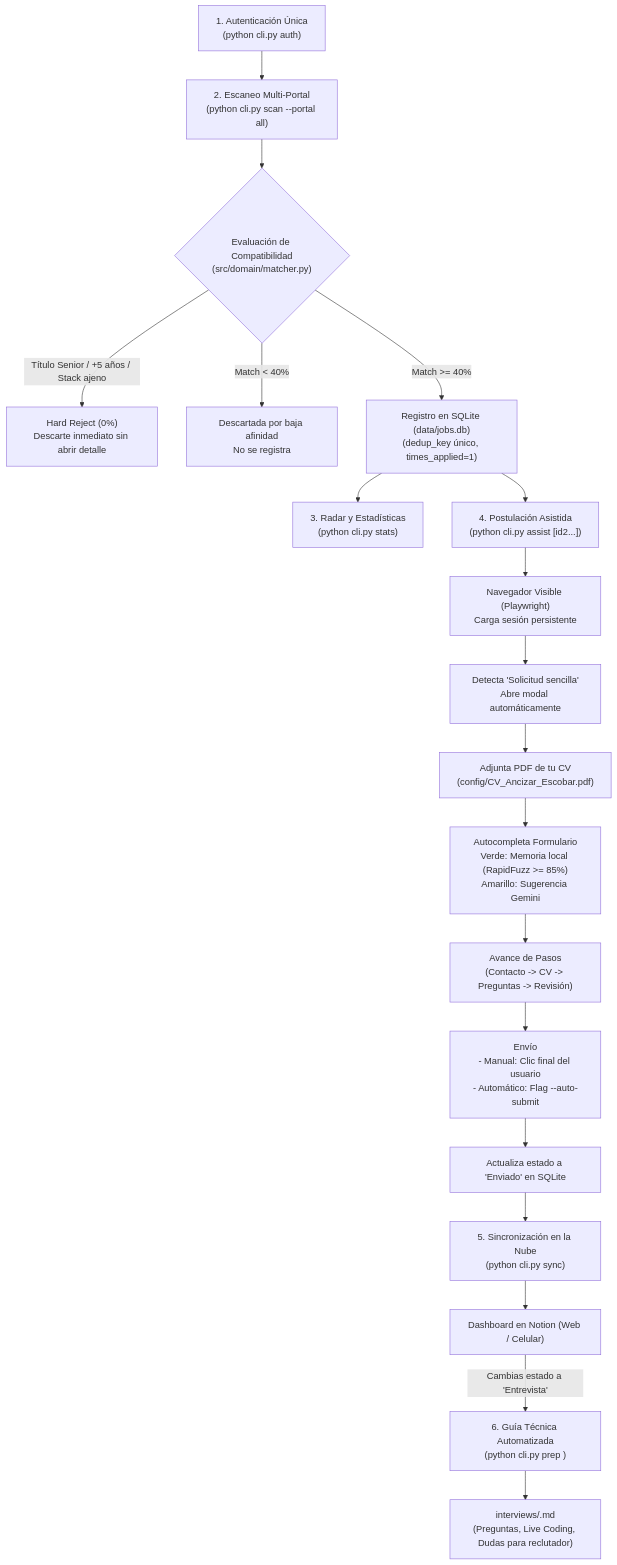
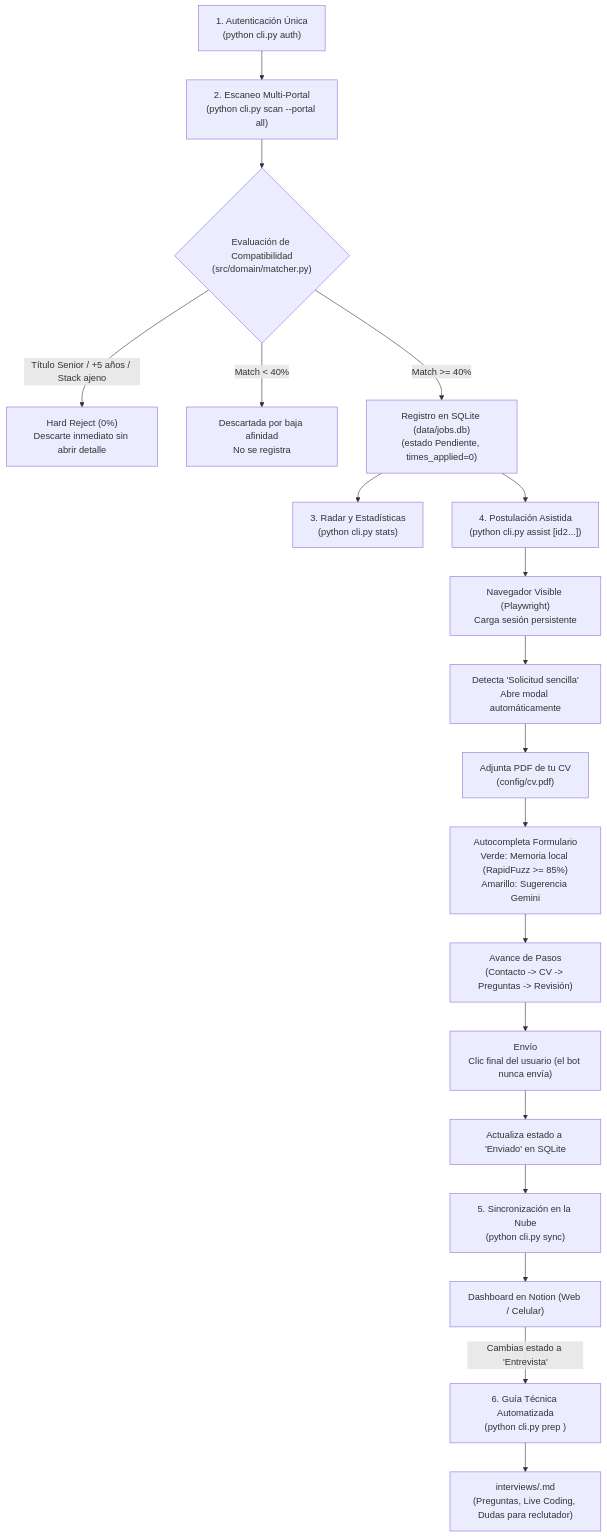
The diagram in docs/GUIA_COMANDOS_Y_FLUJOS.md (alejandroesbr/jobOS-bot), drawn with Mermaid before and after one commit. The commit also changed other lines of this file and 38 other files, not shown here.

````diff
--- a/docs/GUIA_COMANDOS_Y_FLUJOS.md
+++ b/docs/GUIA_COMANDOS_Y_FLUJOS.md
@@ -11,25 +11,25 @@
 ```mermaid
 flowchart TD
     A["1. Autenticación Única\n(python cli.py auth)"] --> B["2. Escaneo Multi-Portal\n(python cli.py scan --portal all)"]
     
     B --> C{"Evaluación de Compatibilidad\n(src/domain/matcher.py)"}
     C -->|Título Senior / +5 años / Stack ajeno| D["Hard Reject (0%)\nDescarte inmediato sin abrir detalle"]
     C -->|Match < 40%| E["Descartada por baja afinidad\nNo se registra"]
-    C -->|Match >= 40%| F["Registro en SQLite (data/jobs.db)\n(dedup_key único, times_applied=1)"]
+    C -->|Match >= 40%| F["Registro en SQLite (data/jobs.db)\n(estado Pendiente, times_applied=0)"]
 
     F --> G["3. Radar y Estadísticas\n(python cli.py stats)"]
     F --> H["4. Postulación Asistida\n(python cli.py assist <id1> [id2...])"]
     
     H --> I["Navegador Visible (Playwright)\nCarga sesión persistente"]
     I --> J["Detecta 'Solicitud sencilla'\nAbre modal automáticamente"]
-    J --> K["Adjunta PDF de tu CV\n(config/CV_Ancizar_Escobar.pdf)"]
+    J --> K["Adjunta PDF de tu CV\n(config/cv.pdf)"]
     K --> L["Autocompleta Formulario\nVerde: Memoria local (RapidFuzz >= 85%)\nAmarillo: Sugerencia Gemini"]
     L --> M["Avance de Pasos\n(Contacto -> CV -> Preguntas -> Revisión)"]
-    M --> N["Envío\n- Manual: Clic final del usuario\n- Automático: Flag --auto-submit"]
+    M --> N["Envío\nClic final del usuario (el bot nunca envía)"]
     N --> O["Actualiza estado a 'Enviado' en SQLite"]
 
     O --> P["5. Sincronización en la Nube\n(python cli.py sync)"]
     P --> Q["Dashboard en Notion (Web / Celular)"]
     Q -->|Cambias estado a 'Entrevista'| R["6. Guía Técnica Automatizada\n(python cli.py prep <job_id>)"]
     R --> S["interviews/<empresa>.md\n(Preguntas, Live Coding, Dudas para reclutador)"]
 ```
````
